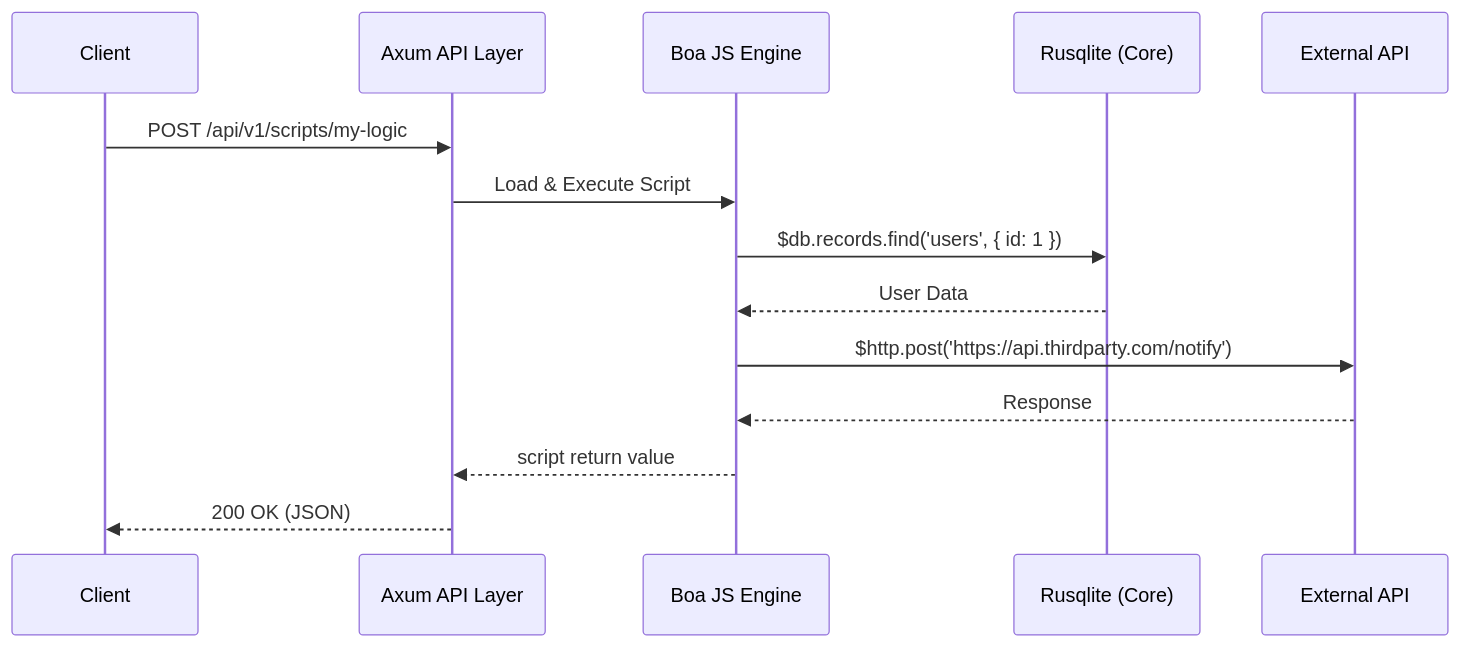
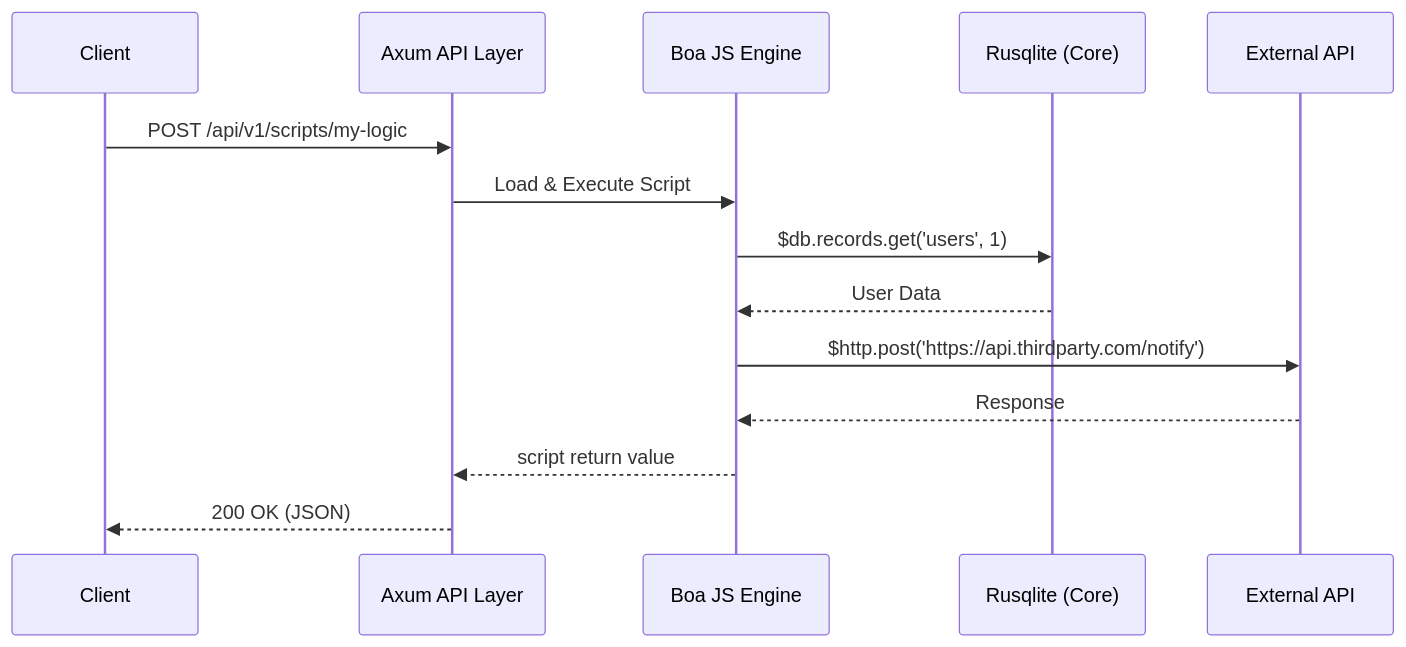
The second of 3 diagrams in docs/v0_1_0/architecture/data-flow.md (deniskipeles/apex-kit), drawn with Mermaid before and after one commit. The commit also changed 13 other files, not shown here.

````diff
--- a/docs/v0_1_0/architecture/data-flow.md
+++ b/docs/v0_1_0/architecture/data-flow.md
@@ -39,17 +39,17 @@
 ```mermaid
 sequenceDiagram
     participant Client
     participant Axum as Axum API Layer
     participant Boa as Boa JS Engine
     participant DB as Rusqlite (Core)
     participant External as External API
 
     Client->>Axum: POST /api/v1/scripts/my-logic
     Axum->>Boa: Load & Execute Script
-    Boa->>DB: $db.records.find('users', { id: 1 })
+    Boa->>DB: $db.records.get('users', 1)
     DB-->>Boa: User Data
     Boa->>External: $http.post('https://api.thirdparty.com/notify')
     External-->>Boa: Response
     Boa-->>Axum: script return value
     Axum-->>Client: 200 OK (JSON)
 ```
````
